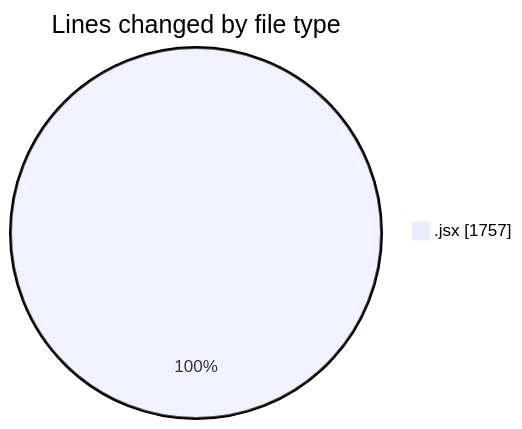
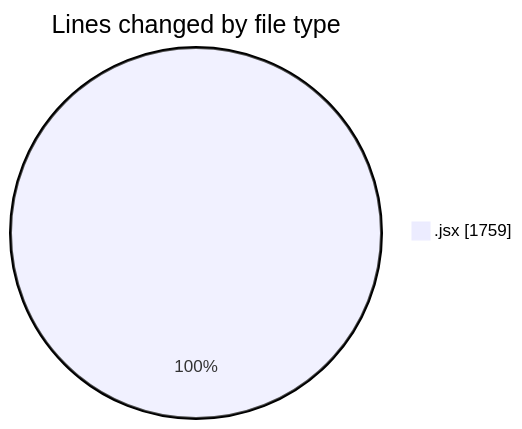
The first of 2 diagrams in 2025-12-04/nxtqube_webapp/README.md (nxtqubesakshisongat/code-tracking), drawn with Mermaid before and after one commit. The commit also changed other lines of this file and 1 other file, not shown here.

````diff
--- a/2025-12-04/nxtqube_webapp/README.md
+++ b/2025-12-04/nxtqube_webapp/README.md
@@ -21,5 +21,5 @@
 ```mermaid
 pie showData
 title Lines changed by file type
-".jsx" : 1757
+".jsx" : 1759
 ```
````
